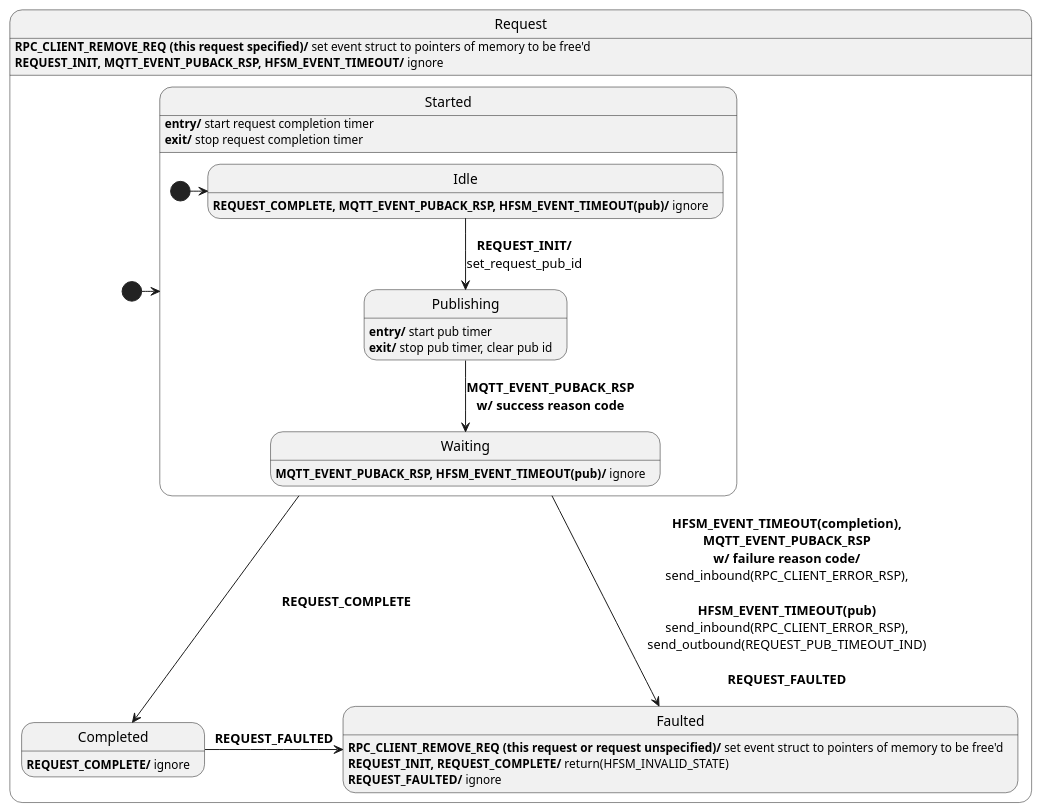
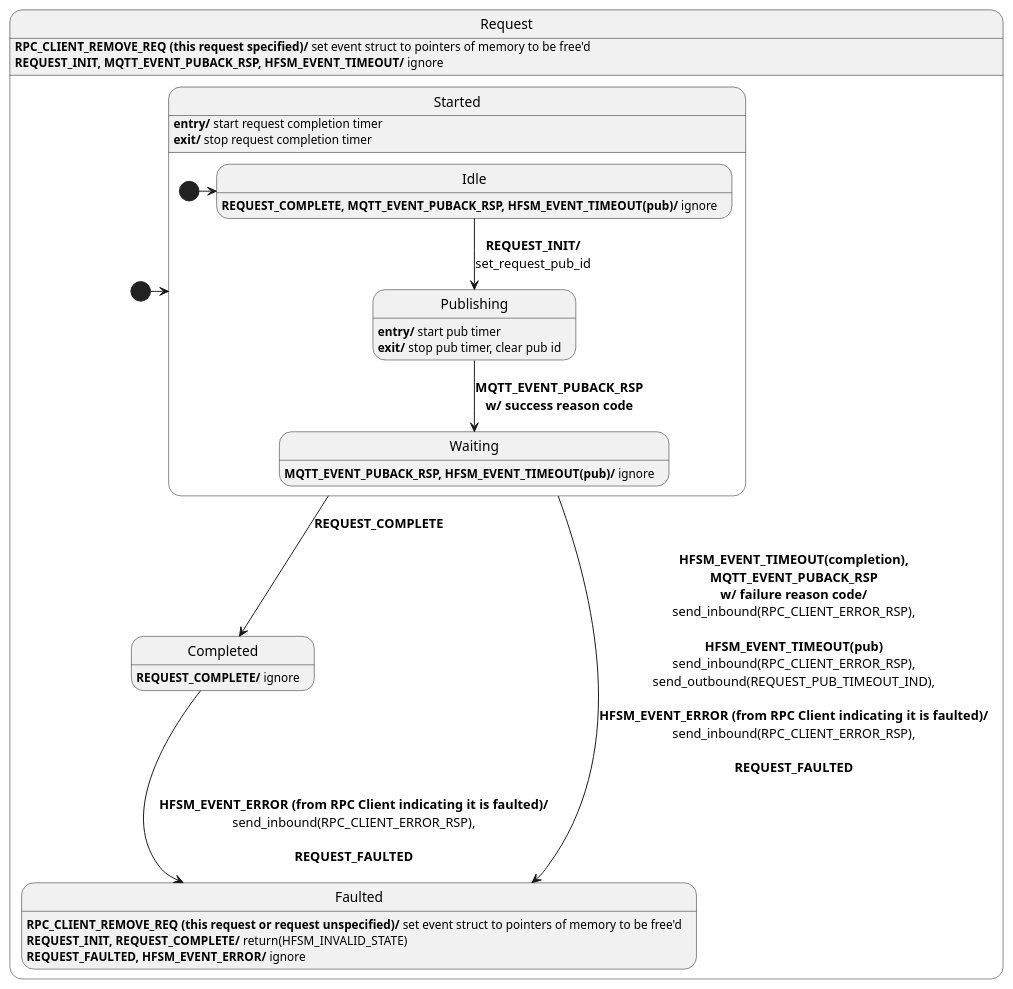
One commit to Azure/azure-sdk-for-c changed the diagram in sdk/docs/core/resources/mqtt_request.puml. Above: the diagram before and after it, drawn with PlantUML. The commit also changed 1 other file, not shown here.

Commit message:
update puml diagrams

```diff
--- a/sdk/docs/core/resources/mqtt_request.puml
+++ b/sdk/docs/core/resources/mqtt_request.puml
@@ -1,46 +1,46 @@
 @startuml
 ' ignore these as handled outside of this diagram: MQTT_EVENT_CONNECT_REQ, MQTT_EVENT_CONNECT_RSP, MQTT_EVENT_DISCONNECT_REQ,
 ' MQTT_EVENT_DISCONNECT_RSP, MQTT5_EVENT_SUBACK_RSP, MQTT5_EVENT_UNSUBACK_RSP, and MQTT5_EVENT_PUB_RECV_IND
 ' Assumptions:
 ' 0. Unknown events are forwarded (in their original direction, either inbound or outbound).
 ' 1. send_inbound, send_outbound are used to send information to the app and network respectively.
 ' 2. All events check that they are for this request or have the correct pub id before processing them.
 ' 3. Events are handled at the root state only if they aren't handled in a substate.
 
 state Request {
   state Started {
     state Idle
     Idle : <b>REQUEST_COMPLETE, MQTT_EVENT_PUBACK_RSP, HFSM_EVENT_TIMEOUT(pub)/</b> ignore
 
     state Publishing
     Publishing : <b>entry/</b> start pub timer
     Publishing : <b>exit/</b> stop pub timer, clear pub id
 
     state Waiting
     Waiting : <b>MQTT_EVENT_PUBACK_RSP, HFSM_EVENT_TIMEOUT(pub)/</b> ignore
     
     [*] -> Idle
     Idle --> Publishing : <b>REQUEST_INIT/</b>\nset_request_pub_id
     Publishing --> Waiting : <b>MQTT_EVENT_PUBACK_RSP</b>\n<b>w/ success reason code</b>
   }
   Started : <b>entry/</b> start request completion timer
   Started : <b>exit/</b> stop request completion timer
 
   state Completed
   Completed : <b>REQUEST_COMPLETE/</b> ignore
   
   state Faulted
 
   ' Publishing --> Faulted : <b>MQTT_EVENT_PUBACK_RSP</b>\n<b>w/ failure reason code,</b>\n<b>HFSM_EVENT_TIMEOUT(completion)</b>\nsend_inbound(RPC_CLIENT_ERROR_RSP),\n\n<b>HFSM_EVENT_TIMEOUT(pub)</b>\nsend_inbound(RPC_CLIENT_ERROR_RSP),\nsend_outbound(REQUEST_PUB_TIMEOUT_IND)\n\n<b>REQUEST_FAULTED</b>
   Faulted : <b>RPC_CLIENT_REMOVE_REQ (this request or request unspecified)/</b> set event struct to pointers of memory to be free'd
   Faulted : <b>REQUEST_INIT, REQUEST_COMPLETE/</b> return(HFSM_INVALID_STATE)
-  Faulted : <b>REQUEST_FAULTED/</b> ignore
+  Faulted : <b>REQUEST_FAULTED, HFSM_EVENT_ERROR/</b> ignore
 
   [*] -> Started
-  Started --> Faulted : <b>HFSM_EVENT_TIMEOUT(completion),</b>\n<b>MQTT_EVENT_PUBACK_RSP</b>\n<b>w/ failure reason code/</b>\nsend_inbound(RPC_CLIENT_ERROR_RSP),\n\n<b>HFSM_EVENT_TIMEOUT(pub)</b>\nsend_inbound(RPC_CLIENT_ERROR_RSP),\nsend_outbound(REQUEST_PUB_TIMEOUT_IND)\n\n<b>REQUEST_FAULTED</b>
-  Completed -> Faulted : <b>REQUEST_FAULTED</b>
+  Started --> Faulted : <b>HFSM_EVENT_TIMEOUT(completion),</b>\n<b>MQTT_EVENT_PUBACK_RSP</b>\n<b>w/ failure reason code/</b>\nsend_inbound(RPC_CLIENT_ERROR_RSP),\n\n<b>HFSM_EVENT_TIMEOUT(pub)</b>\nsend_inbound(RPC_CLIENT_ERROR_RSP),\nsend_outbound(REQUEST_PUB_TIMEOUT_IND),\n\n<b>HFSM_EVENT_ERROR (from RPC Client indicating it is faulted)/</b>\nsend_inbound(RPC_CLIENT_ERROR_RSP),\n\n<b>REQUEST_FAULTED</b>
+  Completed --> Faulted : <b>HFSM_EVENT_ERROR (from RPC Client indicating it is faulted)/</b>\nsend_inbound(RPC_CLIENT_ERROR_RSP),\n\n<b>REQUEST_FAULTED</b>
   Started --> Completed : <b>REQUEST_COMPLETE</b>
 }
 Request : <b>RPC_CLIENT_REMOVE_REQ (this request specified)/</b> set event struct to pointers of memory to be free'd
 Request : <b>REQUEST_INIT, MQTT_EVENT_PUBACK_RSP, HFSM_EVENT_TIMEOUT/</b> ignore
 @enduml
```
